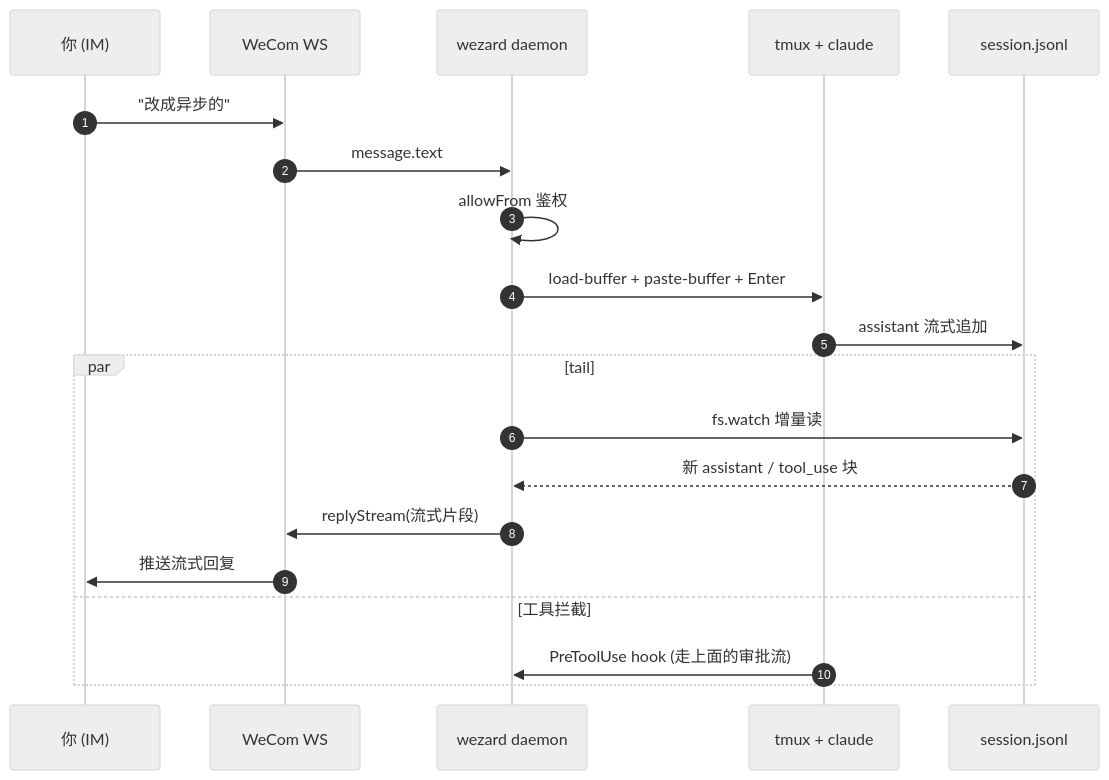
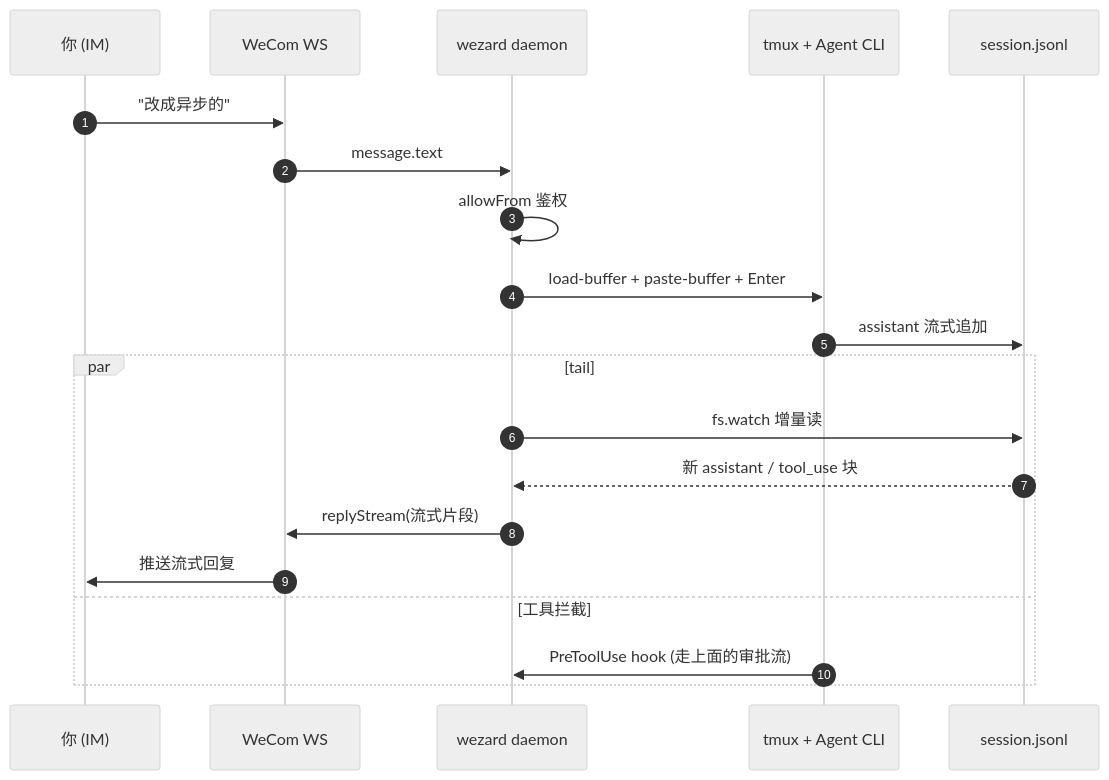
Before and after one commit to guxi11/weclaude: the second of 4 diagrams in 技术说明.md, drawn with Mermaid (neutral theme). The commit also changed other lines of this file and 10 other files, not shown here.

First line of the commit message:
docs: 泛指 Claude 的用户可见文案统一改为 Agent

````diff
--- a/技术说明.md
+++ b/技术说明.md
@@ -51,23 +51,23 @@
 ```mermaid
 sequenceDiagram
     autonumber
     participant U as 你 (IM)
     participant WS as WeCom WS
     participant D as wezard daemon
-    participant T as tmux + claude
+    participant T as tmux + Agent CLI
     participant J as session.jsonl
 
     U->>WS: "改成异步的"
     WS->>D: message.text
     D->>D: allowFrom 鉴权
     D->>T: load-buffer + paste-buffer + Enter
     T->>J: assistant 流式追加
     par tail
         D->>J: fs.watch 增量读
         J-->>D: 新 assistant / tool_use 块
         D->>WS: replyStream(流式片段)
         WS->>U: 推送流式回复
     and 工具拦截
         T->>D: PreToolUse hook (走上面的审批流)
     end
 ```
````
